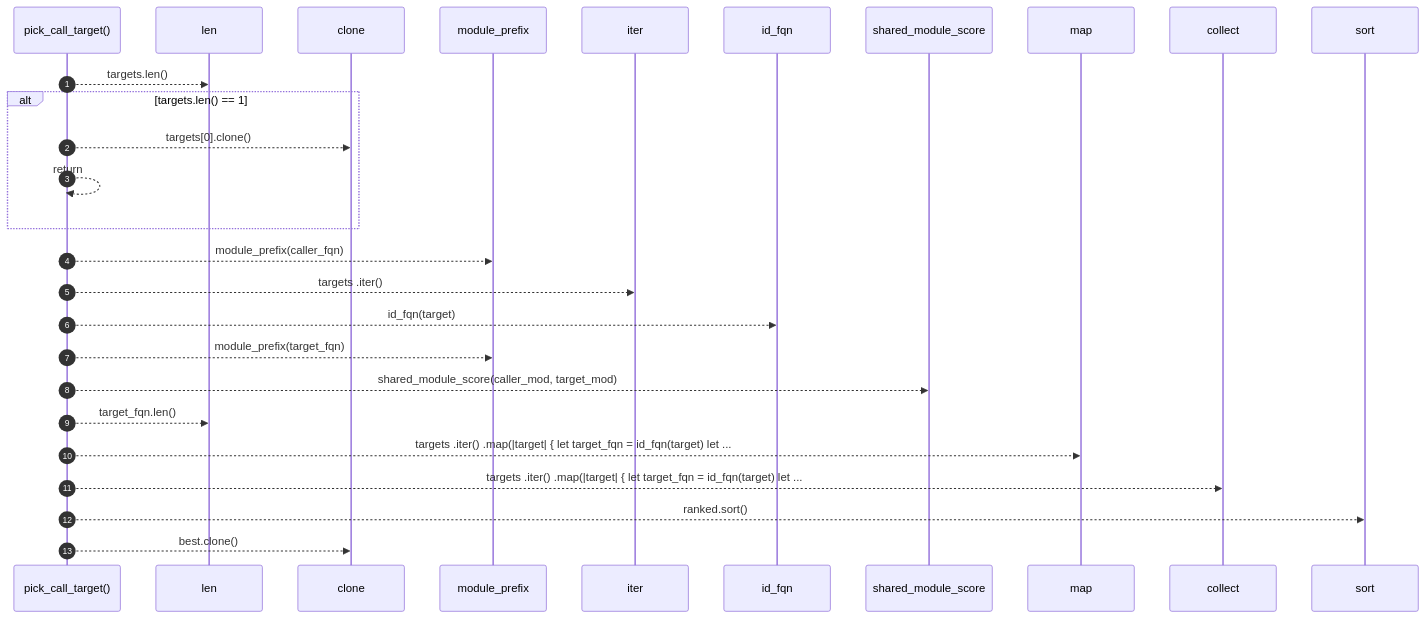
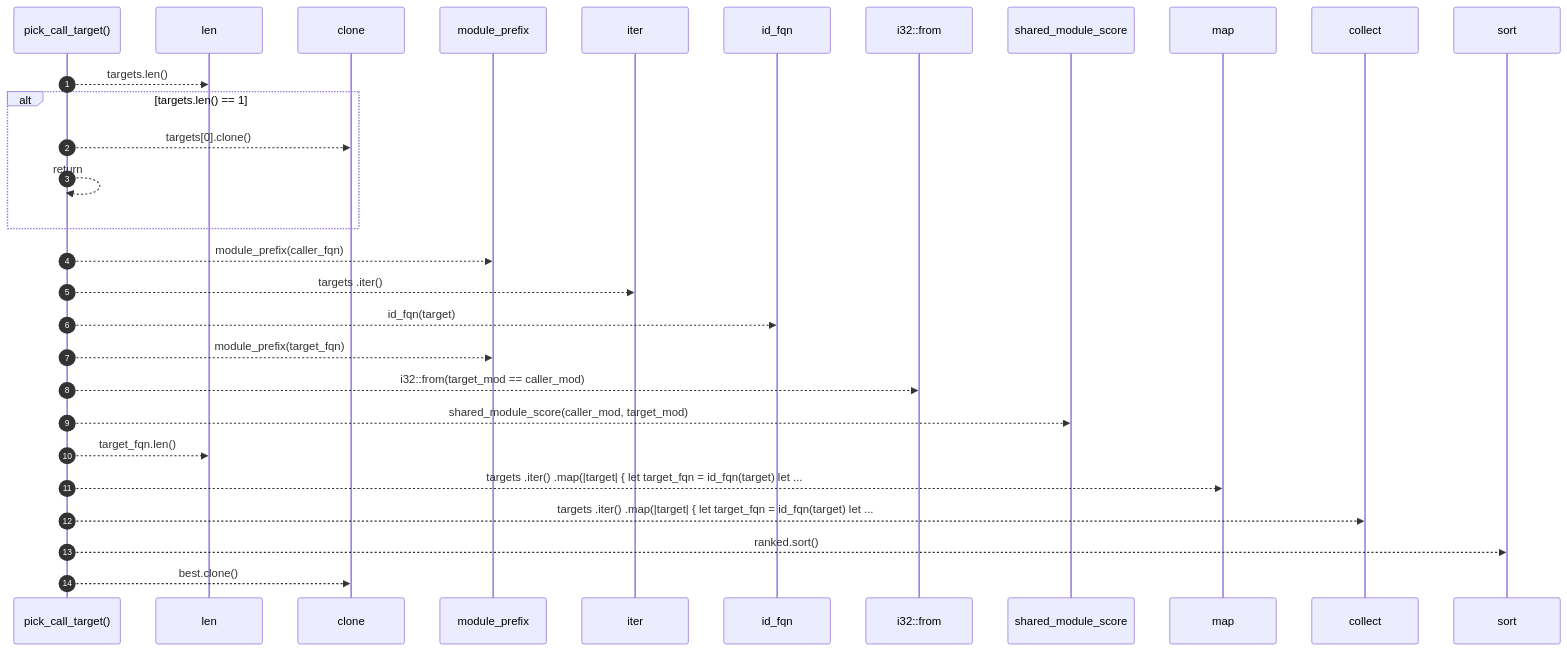
Before and after one commit to RyanGuild/self-describing-code: the diagram in docs/self-model/robby_extract/rust/pick-call-target.md, drawn with Mermaid. The commit also changed other lines of this file and 747 other files, not shown here.

````diff
--- a/docs/self-model/robby_extract/rust/pick-call-target.md
+++ b/docs/self-model/robby_extract/rust/pick-call-target.md
@@ -50,29 +50,31 @@
 ```mermaid
 sequenceDiagram
     autonumber
     participant pick_call_target as pick_call_target()
     participant len as len
     participant clone as clone
     participant module_prefix as module_prefix
     participant iter as iter
     participant id_fqn as id_fqn
+    participant i32__from as i32::from
     participant shared_module_score as shared_module_score
     participant map as map
     participant collect as collect
     participant sort as sort
     pick_call_target-->>len: targets.len()
     alt targets.len() == 1
     pick_call_target-->>clone: targets[0].clone()
     pick_call_target-->>pick_call_target: return
     end
     pick_call_target-->>module_prefix: module_prefix(caller_fqn)
     pick_call_target-->>iter: targets .iter()
     pick_call_target-->>id_fqn: id_fqn(target)
     pick_call_target-->>module_prefix: module_prefix(target_fqn)
+    pick_call_target-->>i32__from: i32::from(target_mod == caller_mod)
     pick_call_target-->>shared_module_score: shared_module_score(caller_mod, target_mod)
     pick_call_target-->>len: target_fqn.len()
     pick_call_target-->>map: targets .iter() .map(|target| { let target_fqn = id_fqn(target) let ...
     pick_call_target-->>collect: targets .iter() .map(|target| { let target_fqn = id_fqn(target) let ...
     pick_call_target-->>sort: ranked.sort()
     pick_call_target-->>clone: best.clone()
 ```
````
